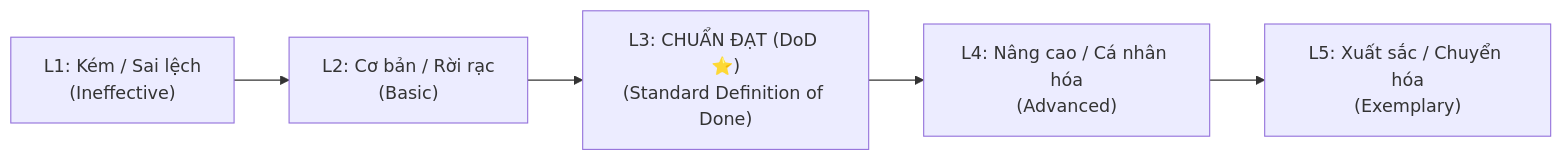
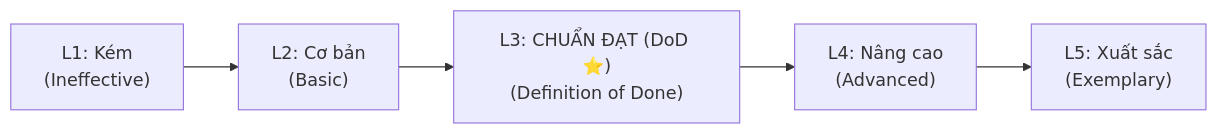
One commit to hongdang023/Marlins-Care changed the second of 2 diagrams in B_System Design/B1_UI_Design_System.md. Above: the diagram before and after it, drawn with Mermaid. The commit also changed other lines of this file and 46 other files, not shown here.

Commit message:
feat(arch): implement Headless Edge ecosystem with Workers API Gateway, D1 database schema, Admin Portal and sync 3-tier sub-navigation

````diff
--- a/B_System Design/B1_UI_Design_System.md
+++ b/B_System Design/B1_UI_Design_System.md
@@ -279,7 +119,7 @@
 ```mermaid
 graph LR
-    L1["L1: Kém / Sai lệch<br/>(Ineffective)"] --> L2["L2: Cơ bản / Rời rạc<br/>(Basic)"]
-    L2 --> L3["L3: CHUẨN ĐẠT (DoD ⭐)<br/>(Standard Definition of Done)"]
-    L3 --> L4["L4: Nâng cao / Cá nhân hóa<br/>(Advanced)"]
-    L4 --> L5["L5: Xuất sắc / Chuyển hóa<br/>(Exemplary)"]
+    L1["L1: Kém<br/>(Ineffective)"] --> L2["L2: Cơ bản<br/>(Basic)"]
+    L2 --> L3["L3: CHUẨN ĐẠT (DoD ⭐)<br/>(Definition of Done)"]
+    L3 --> L4["L4: Nâng cao<br/>(Advanced)"]
+    L4 --> L5["L5: Xuất sắc<br/>(Exemplary)"]
 ```
````
